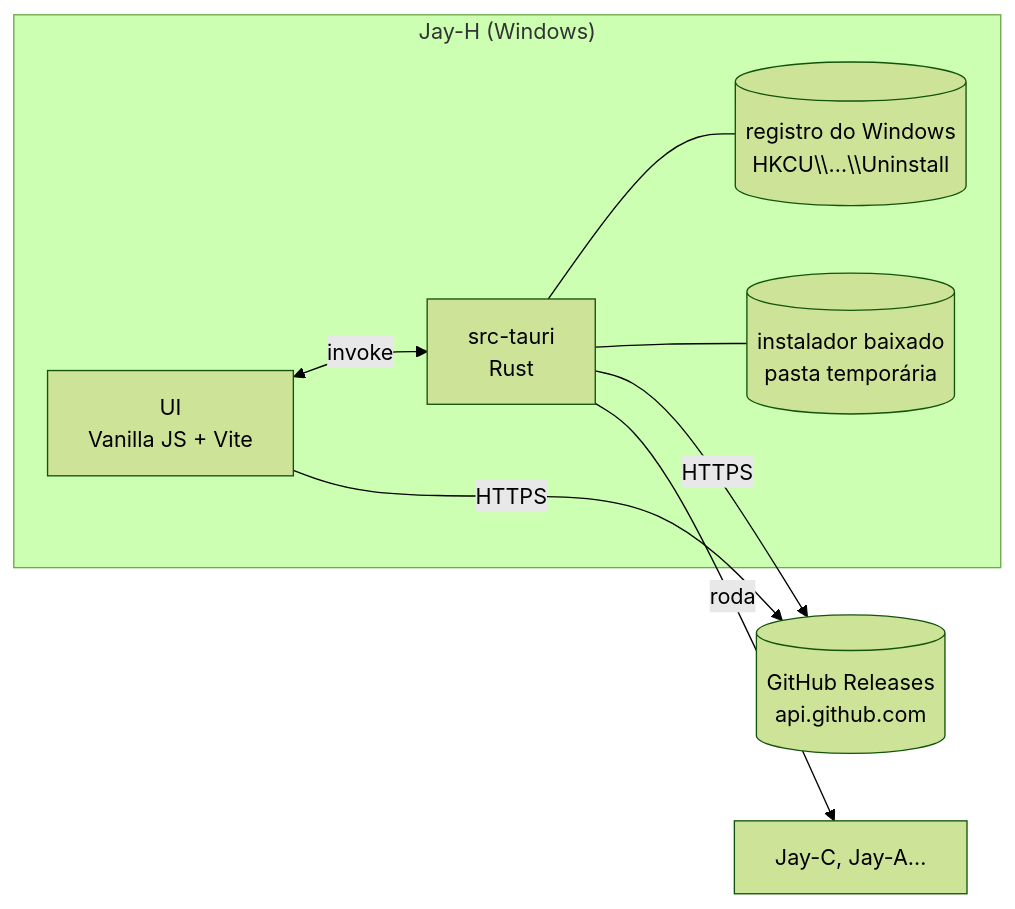
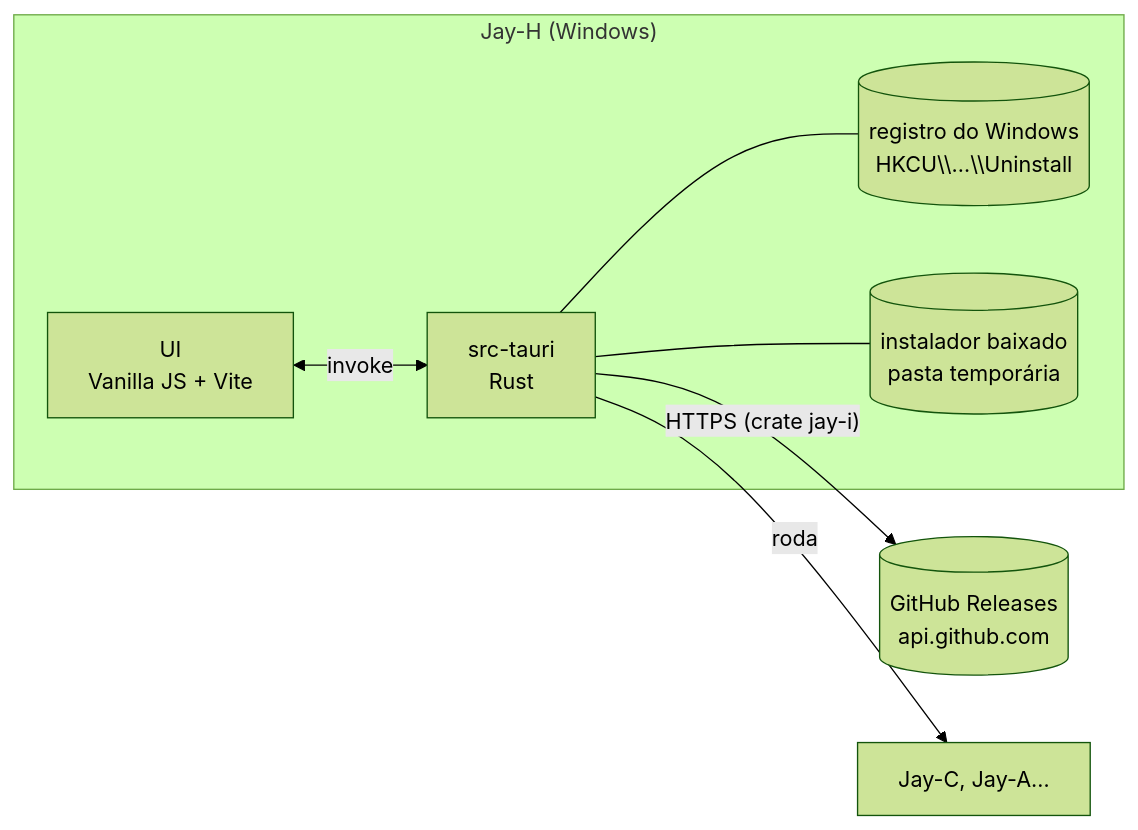
One commit to TyxMatty/Jay-H changed the diagram in docs/ARQUITETURA.md. Above: the diagram before and after it, drawn with Mermaid (forest theme). The commit also changed other lines of this file and 16 other files, not shown here.

````diff
--- a/docs/ARQUITETURA.md
+++ b/docs/ARQUITETURA.md
@@ -11,11 +11,10 @@
 ```mermaid
 flowchart LR
   subgraph JH["Jay-H (Windows)"]
     UI["UI<br/>Vanilla JS + Vite"] <-- "invoke" --> RS["src-tauri<br/>Rust"]
     RS --- REG[("registro do Windows<br/>HKCU\\…\\Uninstall")]
     RS --- TMP[("instalador baixado<br/>pasta temporária")]
   end
-  UI -- "HTTPS" --> GH[("GitHub Releases<br/>api.github.com")]
-  RS -- "HTTPS" --> GH
+  RS -- "HTTPS (crate jay-i)" --> GH[("GitHub Releases<br/>api.github.com")]
   RS -- "roda" --> APPS["Jay-C, Jay-A…"]
 ```
````
